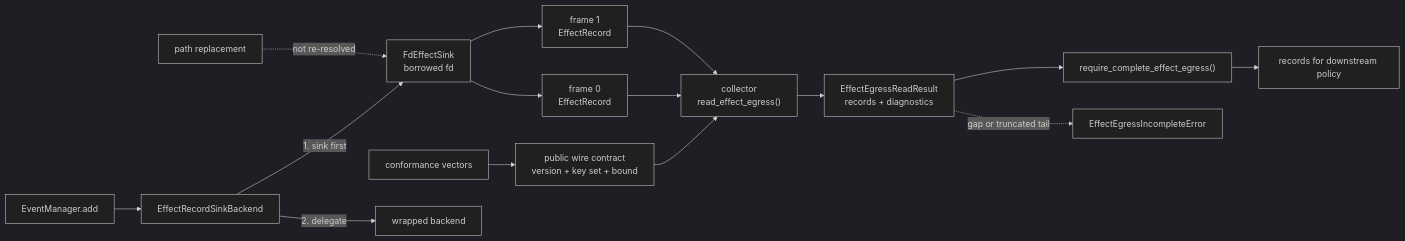
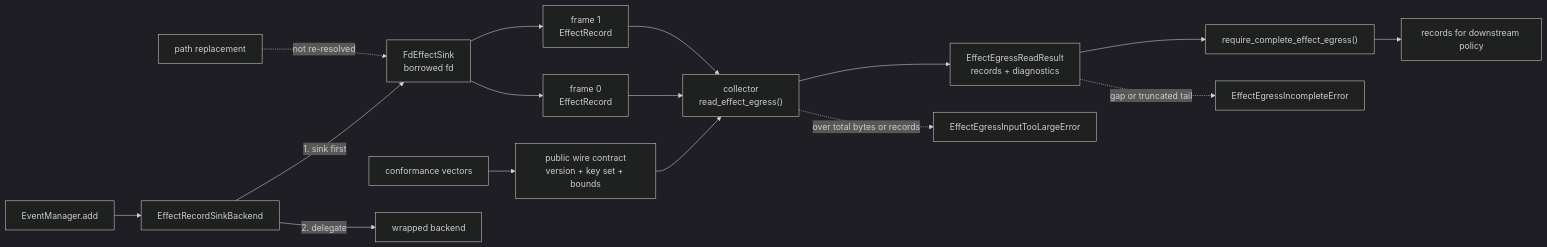
One commit to nirosen/labs-OO-Agents changed the diagram in README.md. Above: the diagram before and after it, drawn with Mermaid (dark theme). The commit also changed other lines of this file and 4 other files, not shown here.

Commit message:
Bound effect egress collector input

````diff
--- a/README.md
+++ b/README.md
@@ -71,18 +71,19 @@
 ```mermaid
 flowchart LR
     A["EventManager.add"] --> B["EffectRecordSinkBackend"]
     B -->|1. sink first| C["FdEffectSink<br/>borrowed fd"]
     C --> D["frame 0<br/>EffectRecord"]
     C --> E["frame 1<br/>EffectRecord"]
-    W["public wire contract<br/>version + key set + bound"] --> F["collector<br/>read_effect_egress()"]
+    W["public wire contract<br/>version + key set + bounds"] --> F["collector<br/>read_effect_egress()"]
     V["conformance vectors"] --> W
     D --> F
     E --> F
     F --> G["EffectEgressReadResult<br/>records + diagnostics"]
+    F -.->|"over total bytes or records"| Y["EffectEgressInputTooLargeError"]
     G --> H["require_complete_effect_egress()"]
     H --> J["records for downstream policy"]
     G -.->|"gap or truncated tail"| X["EffectEgressIncompleteError"]
     B -->|2. delegate| K["wrapped backend"]
 
     I["path replacement"] -.->|"not re-resolved"| C
 ```
````
